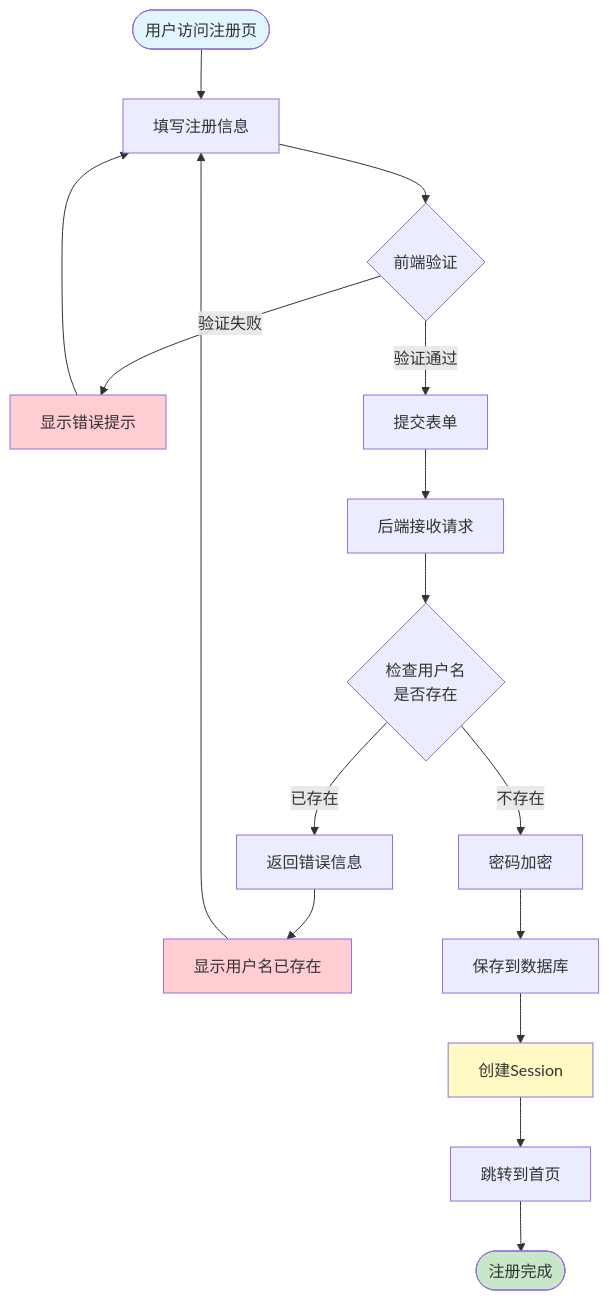
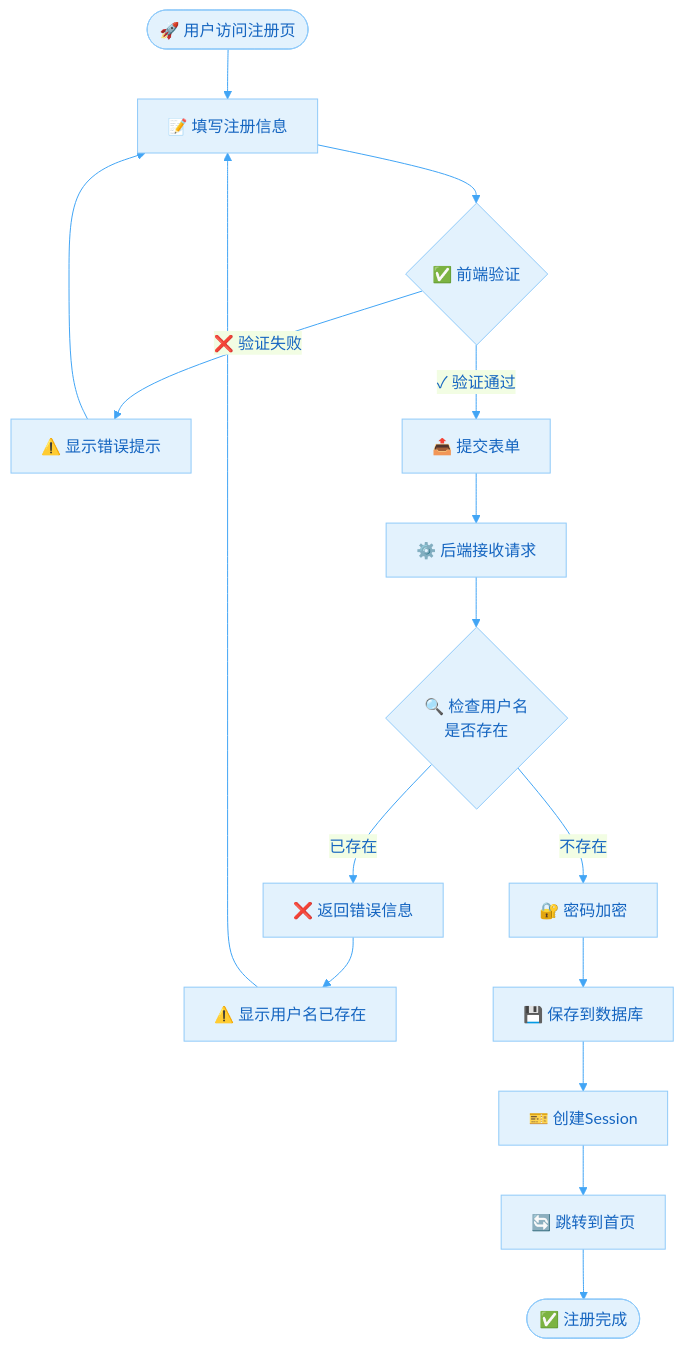
One commit to keyoshoin/movie-website changed the seventh of 18 diagrams in docs/架构设计.md. Above: the diagram before and after it, drawn with Mermaid. The commit also changed other lines of this file, not shown here.

````diff
--- a/docs/架构设计.md
+++ b/docs/架构设计.md
@@ -352,28 +309,23 @@
 ```mermaid
+%%{init: {'theme': 'base', 'themeVariables': { 'primaryColor': '#e3f2fd', 'primaryTextColor': '#1565c0', 'primaryBorderColor': '#90caf9', 'lineColor': '#42a5f5'}}}%%
 flowchart TD
-    Start([用户访问注册页]) --> Input[填写注册信息]
-    Input --> Validate{前端验证}
+    Start(["🚀 用户访问注册页"]) --> Input["📝 填写注册信息"]
+    Input --> Validate{"✅ 前端验证"}
     
-    Validate -->|验证失败| ShowError1[显示错误提示]
+    Validate -->|"❌ 验证失败"| ShowError1["⚠️ 显示错误提示"]
     ShowError1 --> Input
     
-    Validate -->|验证通过| Submit[提交表单]
-    Submit --> Backend[后端接收请求]
-    Backend --> CheckUser{检查用户名<br/>是否存在}
+    Validate -->|"✓ 验证通过"| Submit["📤 提交表单"]
+    Submit --> Backend["⚙️ 后端接收请求"]
+    Backend --> CheckUser{"🔍 检查用户名<br/>是否存在"}
     
-    CheckUser -->|已存在| Return1[返回错误信息]
-    Return1 --> ShowError2[显示用户名已存在]
+    CheckUser -->|"已存在"| Return1["❌ 返回错误信息"]
+    Return1 --> ShowError2["⚠️ 显示用户名已存在"]
     ShowError2 --> Input
     
-    CheckUser -->|不存在| Encrypt[密码加密]
-    Encrypt --> SaveDB[保存到数据库]
-    SaveDB --> CreateSession[创建Session]
-    CreateSession --> Redirect[跳转到首页]
-    Redirect --> End([注册完成])
-    
-    style Start fill:#e1f5ff
-    style End fill:#c8e6c9
-    style ShowError1 fill:#ffcdd2
-    style ShowError2 fill:#ffcdd2
-    style CreateSession fill:#fff9c4
+    CheckUser -->|"不存在"| Encrypt["🔐 密码加密"]
+    Encrypt --> SaveDB["💾 保存到数据库"]
+    SaveDB --> CreateSession["🎫 创建Session"]
+    CreateSession --> Redirect["🔄 跳转到首页"]
+    Redirect --> End(["✅ 注册完成"])
 ```
````
